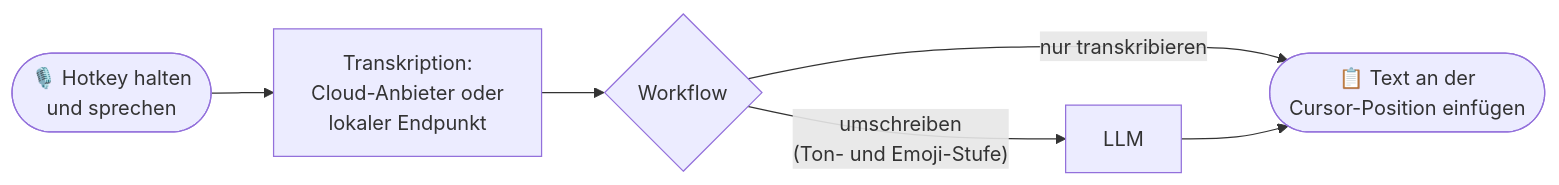
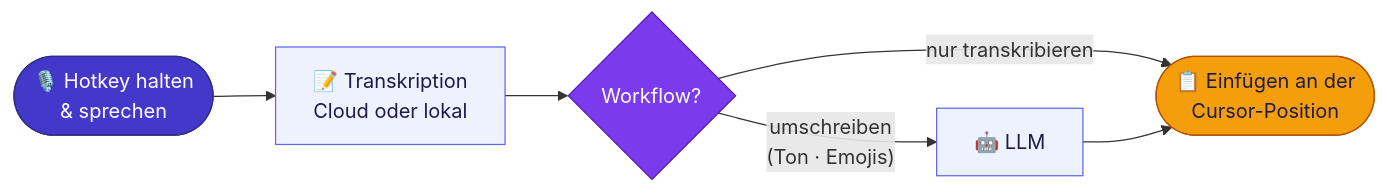
Before and after one commit to edo-dzell/blitztext-app: the diagram in README.md, drawn with Mermaid. The commit also changed 1 other file, not shown here.

Commit message:
docs(readme): Banner-Überlauf behoben + Mermaid-Diagramm überarbeitet
Banner (assets/hero.svg): der einzeilige Untertitel lief über die rechte
Kante hinaus (100 Zeichen bei 20px ab x=192 in einer 840er-viewBox).
Jetzt viewBox 900x220, Untertitel auf zwei kurze Zeilen umgebrochen,
abgerundete Ecken via clipPath sauber beschnitten — passt mit Puffer.
Mermaid: Kantenreihenfolge korrigiert (umschreiben-Zweig vor
nur-transkribieren, kein Rückwärtssprung), Farbgebung passend zur
Banner-Palette (classDef bxStart/bxStep/bxChoice/bxDone), kompaktere Labels.

````diff
--- a/README.md
+++ b/README.md
@@ -40,8 +40,17 @@
 ```mermaid
 flowchart LR
-    A(["🎙️ Hotkey halten<br/>und sprechen"]) --> B["Transkription:<br/>Cloud-Anbieter oder<br/>lokaler Endpunkt"]
-    B --> C{"Workflow"}
+    A(["🎙️ Hotkey halten<br/>& sprechen"]) --> B["📝 Transkription<br/>Cloud oder lokal"]
+    B --> C{"Workflow?"}
+    C -->|"umschreiben<br/>(Ton · Emojis)"| D["🤖 LLM"]
     C -->|nur transkribieren| E
-    C -->|"umschreiben<br/>(Ton- und Emoji-Stufe)"| D["LLM"]
-    D --> E(["📋 Text an der<br/>Cursor-Position einfügen"])
+    D --> E(["📋 Einfügen an der<br/>Cursor-Position"])
+
+    classDef bxStart fill:#4338ca,stroke:#312e81,color:#fff;
+    classDef bxStep fill:#eef2ff,stroke:#6366f1,color:#1e1b4b;
+    classDef bxChoice fill:#7c3aed,stroke:#5b21b6,color:#fff;
+    classDef bxDone fill:#f59e0b,stroke:#b45309,color:#1e1b4b;
+    class A bxStart;
+    class B,D bxStep;
+    class C bxChoice;
+    class E bxDone;
 ```
````
